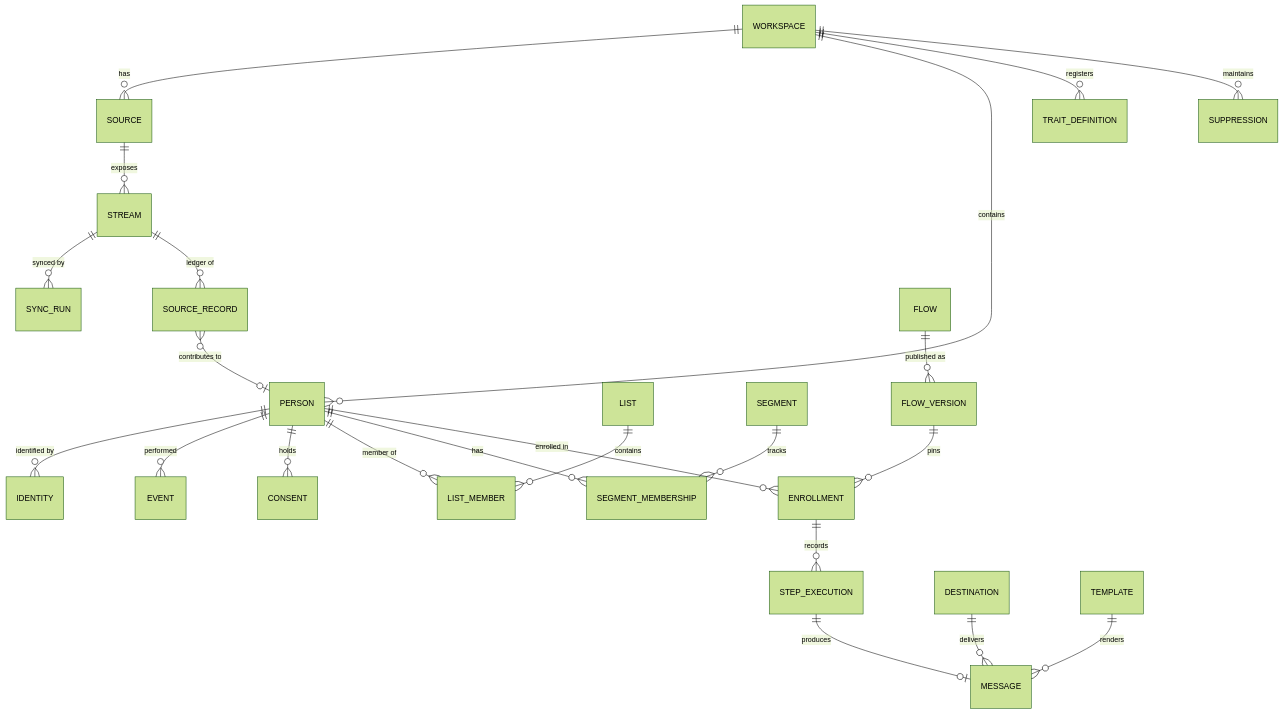
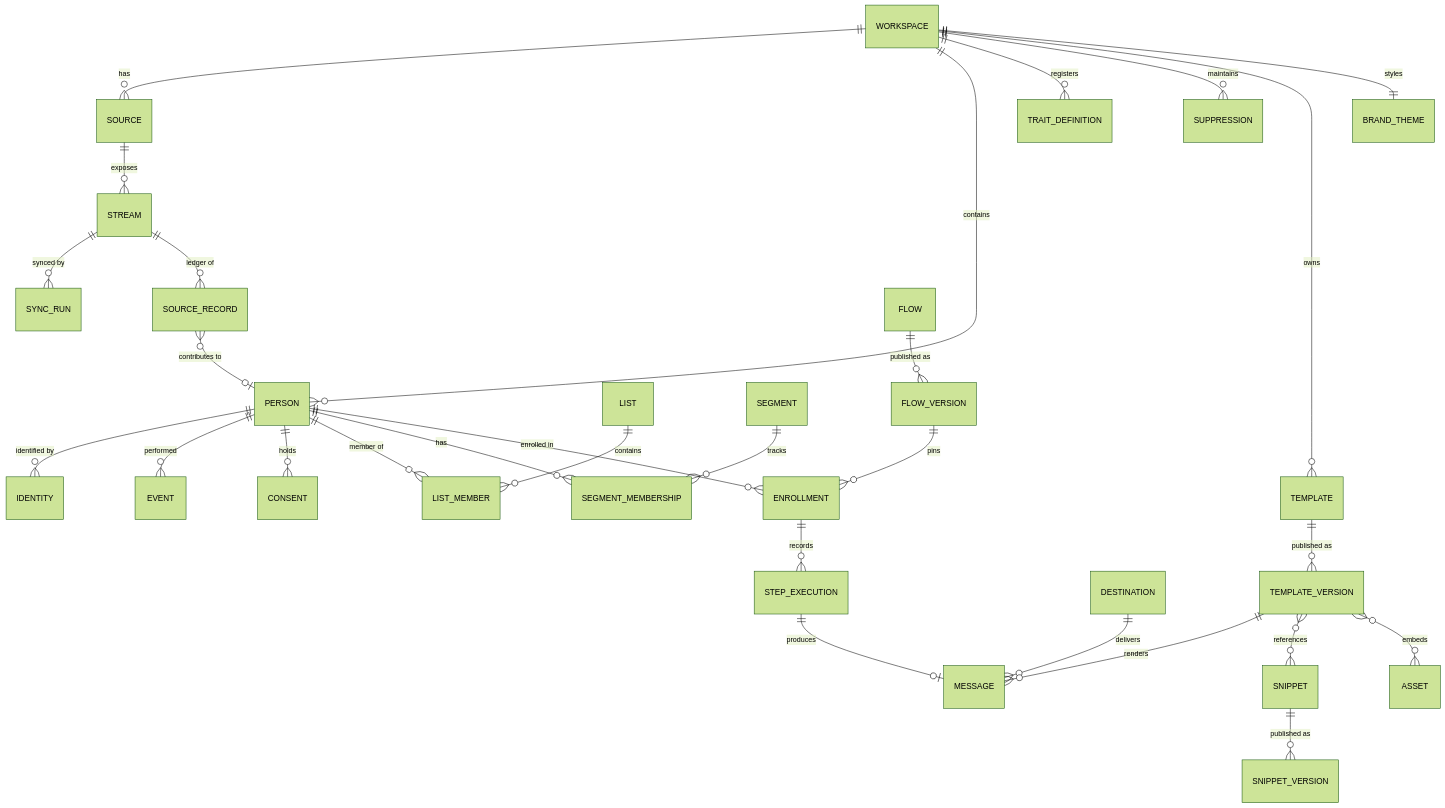
The fourth of 5 diagrams in docs/architecture.md (Glubiz/zirv-flow), drawn with Mermaid (forest theme) before and after one commit. The commit also changed other lines of this file and 3 other files, not shown here.

First line of the commit message:
docs: add the multi-channel template builder to the architecture

````diff
--- a/docs/architecture.md
+++ b/docs/architecture.md
@@ -162,25 +168,31 @@
 ```mermaid
 erDiagram
   WORKSPACE ||--o{ SOURCE : has
   SOURCE ||--o{ STREAM : exposes
   STREAM ||--o{ SYNC_RUN : "synced by"
   STREAM ||--o{ SOURCE_RECORD : "ledger of"
   SOURCE_RECORD }o--o| PERSON : "contributes to"
   WORKSPACE ||--o{ PERSON : contains
   PERSON ||--o{ IDENTITY : "identified by"
   WORKSPACE ||--o{ TRAIT_DEFINITION : registers
   PERSON ||--o{ EVENT : performed
   PERSON ||--o{ CONSENT : holds
   WORKSPACE ||--o{ SUPPRESSION : maintains
   LIST ||--o{ LIST_MEMBER : contains
   PERSON ||--o{ LIST_MEMBER : "member of"
   SEGMENT ||--o{ SEGMENT_MEMBERSHIP : tracks
   PERSON ||--o{ SEGMENT_MEMBERSHIP : has
   FLOW ||--o{ FLOW_VERSION : "published as"
   FLOW_VERSION ||--o{ ENROLLMENT : pins
   PERSON ||--o{ ENROLLMENT : "enrolled in"
   ENROLLMENT ||--o{ STEP_EXECUTION : records
   STEP_EXECUTION ||--o| MESSAGE : produces
   DESTINATION ||--o{ MESSAGE : delivers
-  TEMPLATE ||--o{ MESSAGE : renders
+  WORKSPACE ||--o{ TEMPLATE : owns
+  TEMPLATE ||--o{ TEMPLATE_VERSION : "published as"
+  TEMPLATE_VERSION ||--o{ MESSAGE : renders
+  TEMPLATE_VERSION }o--o{ SNIPPET : references
+  SNIPPET ||--o{ SNIPPET_VERSION : "published as"
+  TEMPLATE_VERSION }o--o{ ASSET : embeds
+  WORKSPACE ||--|| BRAND_THEME : styles
 ```
````
